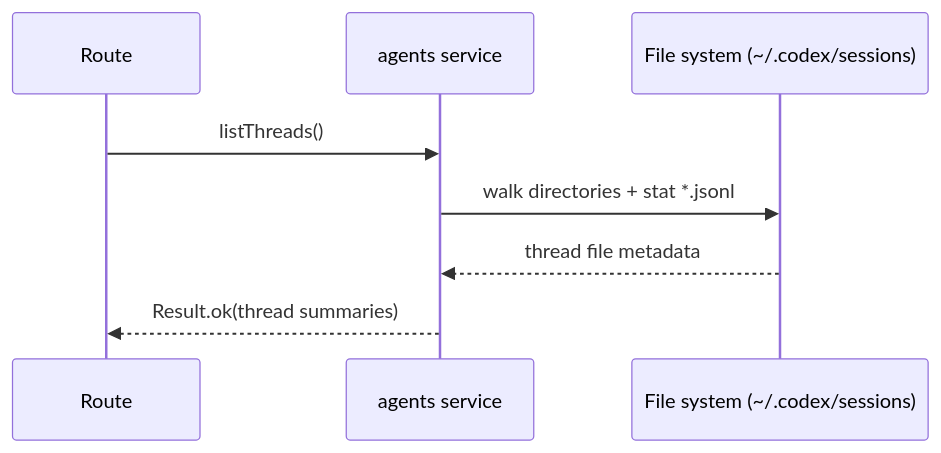
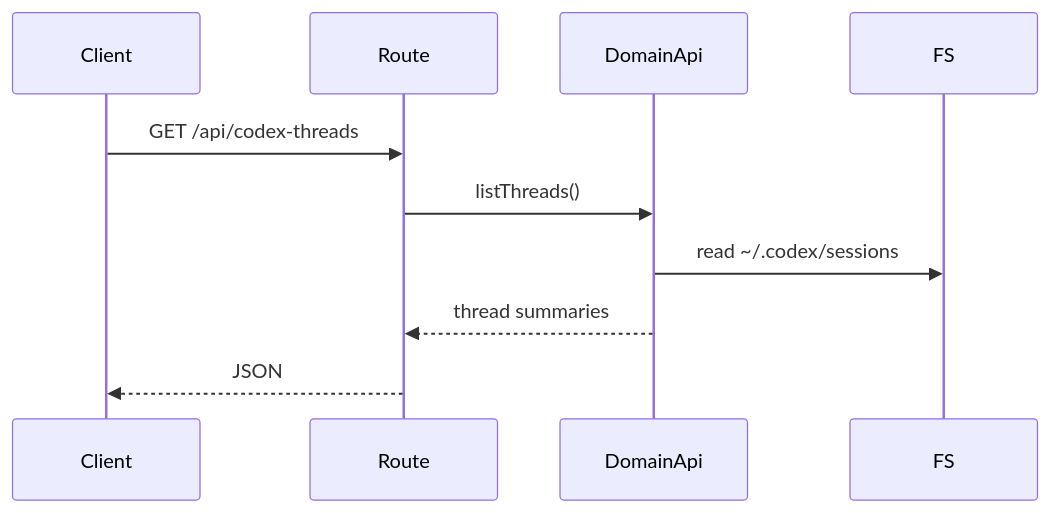
One commit to TurtleStoffel/tektite-console changed the third of 5 diagrams in src/backend/domains/agents/README.md. Above: the diagram before and after it, drawn with Mermaid. The commit also changed other lines of this file and 30 other files, not shown here.

Commit message:
split domainApi from service

````diff
--- a/src/backend/domains/agents/README.md
+++ b/src/backend/domains/agents/README.md
@@ -60,10 +40,12 @@
 ```mermaid
 sequenceDiagram
+    participant Client
     participant Route
-    participant Service as agents service
-    participant FS as File system (~/.codex/sessions)
-    Route->>Service: listThreads()
-    Service->>FS: walk directories + stat *.jsonl
-    FS-->>Service: thread file metadata
-    Service-->>Route: Result.ok(thread summaries)
+    participant DomainApi
+    participant FS
+    Client->>Route: GET /api/codex-threads
+    Route->>DomainApi: listThreads()
+    DomainApi->>FS: read ~/.codex/sessions
+    DomainApi-->>Route: thread summaries
+    Route-->>Client: JSON
 ```
````
